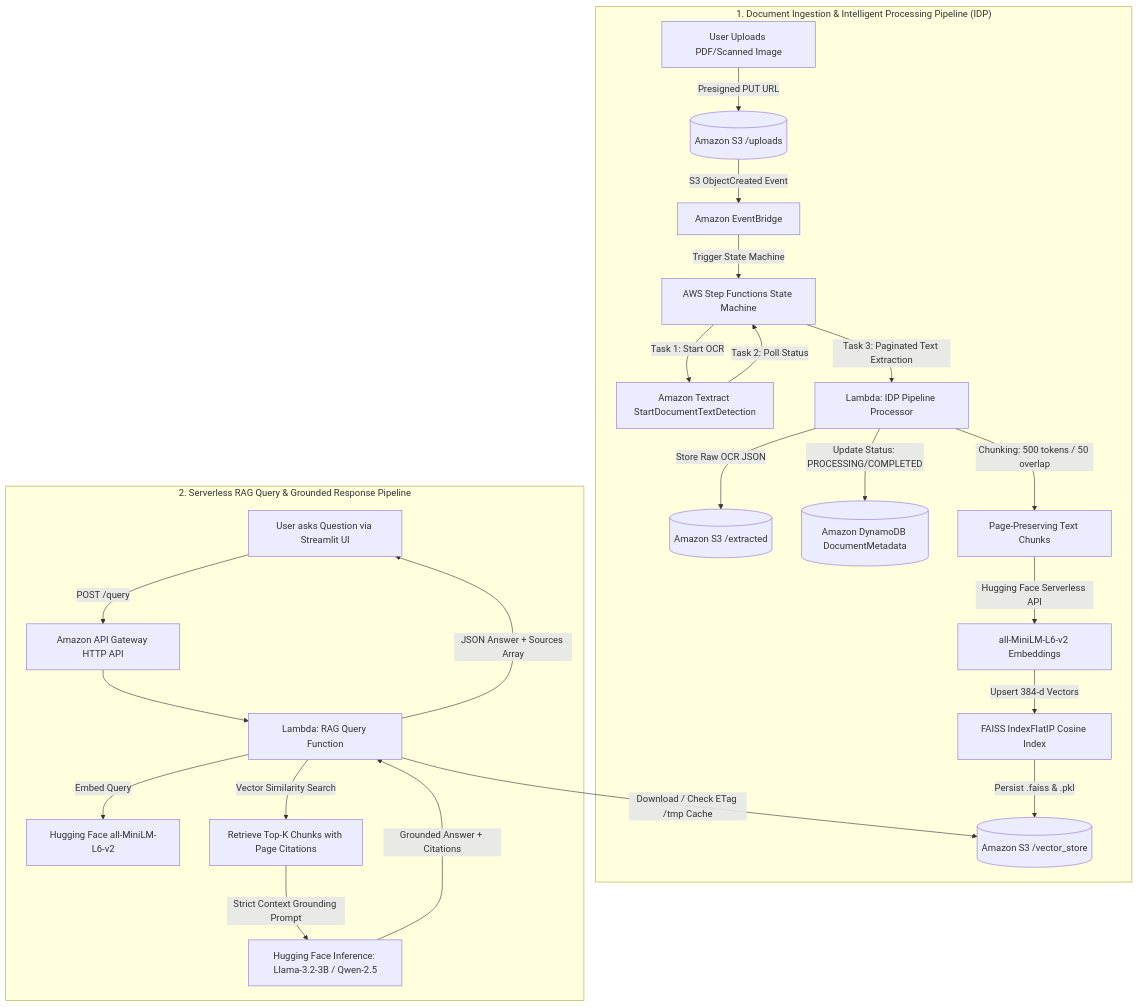
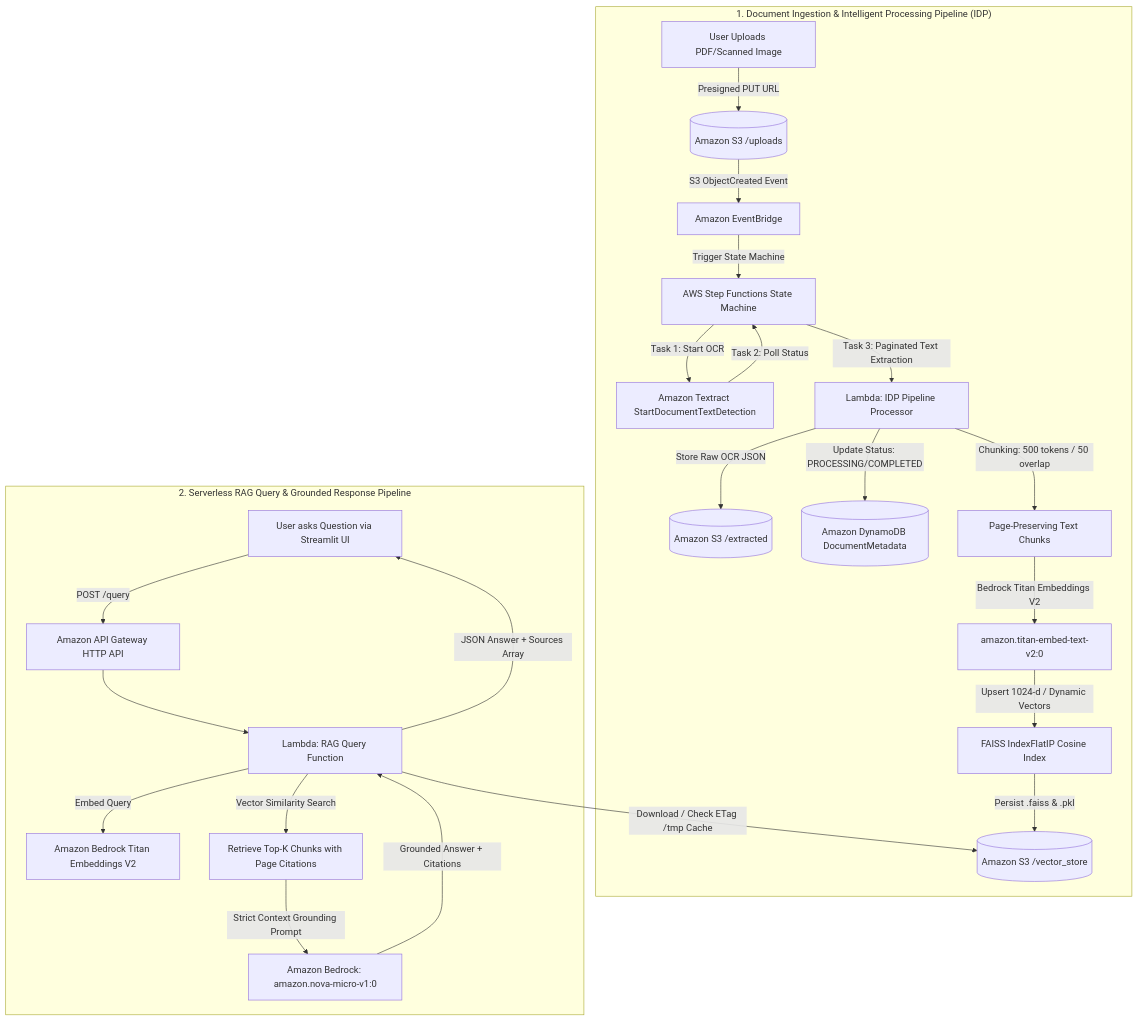
Before and after one commit to JohnnyWilson16/aws-idp-rag: the diagram in README.md, drawn with Mermaid. The commit also changed other lines of this file and 10 other files, not shown here.

Commit message:
feat: add Amazon Bedrock AI support (Titan V2 & Nova Micro) with resilient multi-provider fallback

````diff
--- a/README.md
+++ b/README.md
@@ -16,28 +17,28 @@
 ```mermaid
 flowchart TD
     subgraph INGESTION["1. Document Ingestion & Intelligent Processing Pipeline (IDP)"]
         UI_UP[User Uploads PDF/Scanned Image] -->|Presigned PUT URL| S3_IN[(Amazon S3 /uploads)]
         S3_IN -->|S3 ObjectCreated Event| EB[Amazon EventBridge]
         EB -->|Trigger State Machine| SF[AWS Step Functions State Machine]
         SF -->|Task 1: Start OCR| TX[Amazon Textract StartDocumentTextDetection]
         TX -->|Task 2: Poll Status| SF
         SF -->|Task 3: Paginated Text Extraction| LP[Lambda: IDP Pipeline Processor]
         LP -->|Store Raw OCR JSON| S3_EXT[(Amazon S3 /extracted)]
         LP -->|Update Status: PROCESSING/COMPLETED| DDB[(Amazon DynamoDB DocumentMetadata)]
         LP -->|Chunking: 500 tokens / 50 overlap| CHUNK[Page-Preserving Text Chunks]
-        CHUNK -->|Hugging Face Serverless API| EMB[all-MiniLM-L6-v2 Embeddings]
-        EMB -->|Upsert 384-d Vectors| FAISS[FAISS IndexFlatIP Cosine Index]
+        CHUNK -->|Bedrock Titan Embeddings V2| EMB[amazon.titan-embed-text-v2:0]
+        EMB -->|Upsert 1024-d / Dynamic Vectors| FAISS[FAISS IndexFlatIP Cosine Index]
         FAISS -->|Persist .faiss & .pkl| S3_VEC[(Amazon S3 /vector_store)]
     end
 
     subgraph RETRIEVAL["2. Serverless RAG Query & Grounded Response Pipeline"]
         USER[User asks Question via Streamlit UI] -->|POST /query| APIGW[Amazon API Gateway HTTP API]
         APIGW --> QLAMBDA[Lambda: RAG Query Function]
         QLAMBDA -->|Download / Check ETag /tmp Cache| S3_VEC
-        QLAMBDA -->|Embed Query| EMB2[Hugging Face all-MiniLM-L6-v2]
+        QLAMBDA -->|Embed Query| EMB2[Amazon Bedrock Titan Embeddings V2]
         QLAMBDA -->|Vector Similarity Search| RETRIEVE[Retrieve Top-K Chunks with Page Citations]
-        RETRIEVE -->|Strict Context Grounding Prompt| LLM[Hugging Face Inference: Llama-3.2-3B / Qwen-2.5]
+        RETRIEVE -->|Strict Context Grounding Prompt| LLM[Amazon Bedrock: amazon.nova-micro-v1:0]
         LLM -->|Grounded Answer + Citations| QLAMBDA
         QLAMBDA -->|JSON Answer + Sources Array| USER
     end
 ```
````
